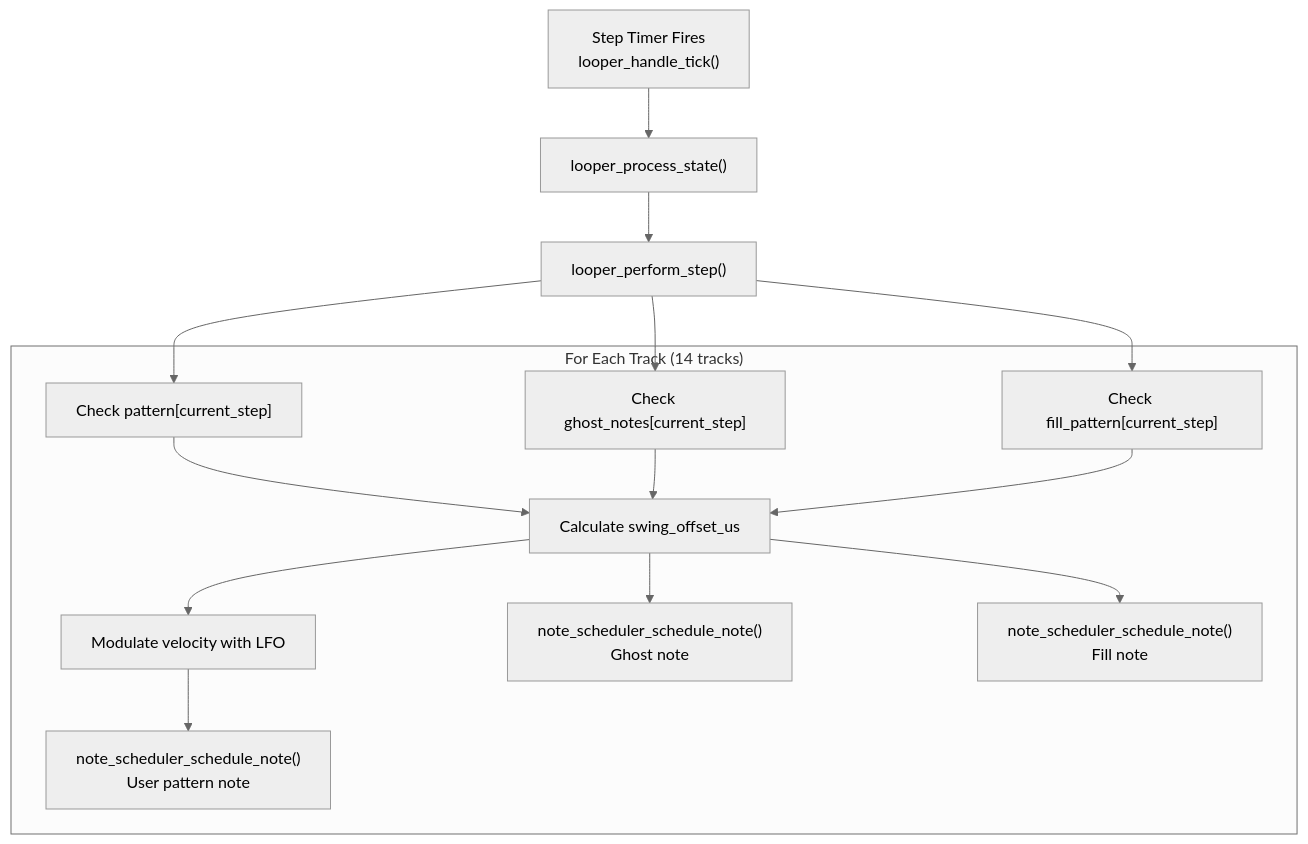
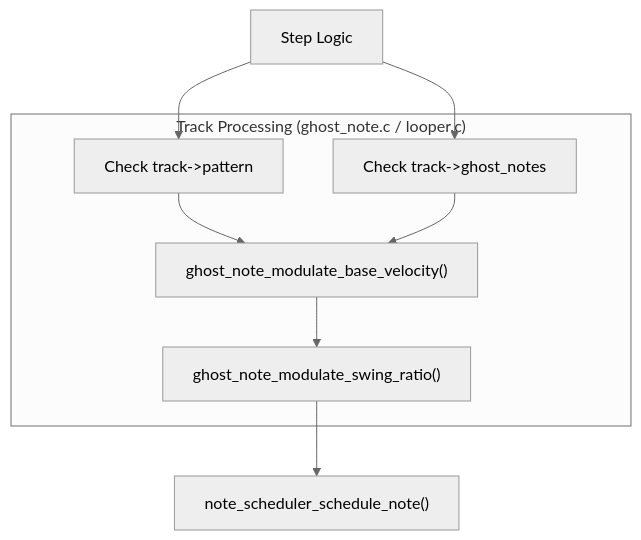
The third of 3 diagrams in wiki/5.5-note-scheduler.md (Jus-Be/orinayo-pico), drawn with Mermaid (neutral theme) before and after one commit. The commit also changed other lines of this file and 42 other files, not shown here.

````diff
--- a/wiki/5.5-note-scheduler.md
+++ b/wiki/5.5-note-scheduler.md
@@ -320,39 +241,24 @@
 ```mermaid
 flowchart TD
 
-StepTimer["Step Timer Fires<br>looper_handle_tick()"]
-ProcessState["looper_process_state()"]
-PerformStep["looper_perform_step()"]
-CheckPattern["Check pattern[current_step]"]
-CheckGhost["Check ghost_notes[current_step]"]
-CheckFill["Check fill_pattern[current_step]"]
-CalcSwing["Calculate swing_offset_us"]
-ModulateVel["Modulate velocity with LFO"]
-ScheduleUser["note_scheduler_schedule_note()<br>User pattern note"]
-ScheduleGhost["note_scheduler_schedule_note()<br>Ghost note"]
-ScheduleFill["note_scheduler_schedule_note()<br>Fill note"]
+StepTimer["Step Logic"]
+CheckPattern["Check track->pattern"]
+CheckGhost["Check track->ghost_notes"]
+ModulateVel["ghost_note_modulate_base_velocity()"]
+ModulateSwing["ghost_note_modulate_swing_ratio()"]
+ScheduleNote["note_scheduler_schedule_note()"]
 
-StepTimer --> ProcessState
-ProcessState --> PerformStep
-PerformStep --> CheckPattern
-PerformStep --> CheckGhost
-PerformStep --> CheckFill
+StepTimer --> CheckPattern
+StepTimer --> CheckGhost
+ModulateSwing --> ScheduleNote
 
-subgraph subGraph0 ["For Each Track (14 tracks)"]
+subgraph subGraph0 ["Track Processing (ghost_note.c / looper.c)"]
     CheckPattern
     CheckGhost
-    CheckFill
-    CalcSwing
     ModulateVel
-    ScheduleUser
-    ScheduleGhost
-    ScheduleFill
-    CheckPattern --> CalcSwing
-    CalcSwing --> ModulateVel
-    ModulateVel --> ScheduleUser
-    CheckGhost --> CalcSwing
-    CalcSwing --> ScheduleGhost
-    CheckFill --> CalcSwing
-    CalcSwing --> ScheduleFill
+    ModulateSwing
+    CheckPattern --> ModulateVel
+    CheckGhost --> ModulateVel
+    ModulateVel --> ModulateSwing
 end
 ```
````
